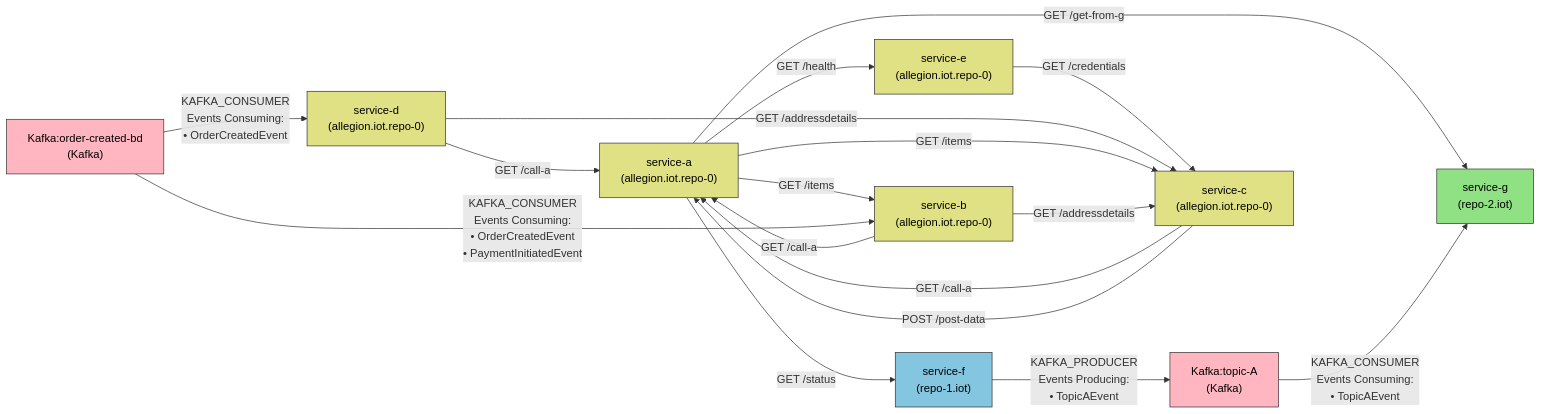
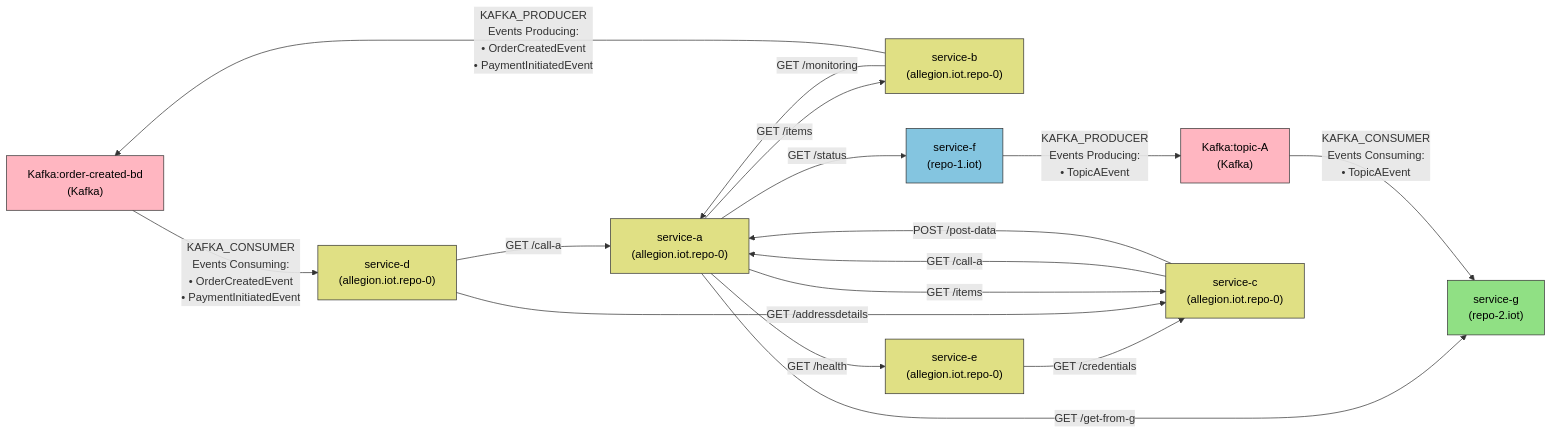
One commit to lokesh0507/First_project changed the diagram in output/deps.md. Above: the diagram before and after it, drawn with Mermaid. The commit also changed 1 other file, not shown here.

Commit message:
Auto-update dependency graph [skip ci]

````diff
--- a/output/deps.md
+++ b/output/deps.md
@@ -1,48 +1,47 @@
 ```mermaid
 graph LR
 classDef Kafka fill:#FFB6C1,stroke:#333,color:#000
 classDef allegion_iot_repo_0 fill:#E0E084,stroke:#333,color:#000
 classDef repo_1_iot fill:#84C5E0,stroke:#333,color:#000
 classDef repo_2_iot fill:#90E084,stroke:#333,color:#000
 
   Kafka_order_created_bd["Kafka:order-created-bd
 (Kafka)"]
   Kafka_topic_A["Kafka:topic-A
 (Kafka)"]
   service_a["service-a
 (allegion.iot.repo-0)"]
   service_b["service-b
 (allegion.iot.repo-0)"]
   service_c["service-c
 (allegion.iot.repo-0)"]
   service_d["service-d
 (allegion.iot.repo-0)"]
   service_e["service-e
 (allegion.iot.repo-0)"]
   service_f["service-f
 (repo-1.iot)"]
   service_g["service-g
 (repo-2.iot)"]
 
   service_e -->|GET /credentials| service_c
   service_d -->|GET /call-a| service_a
   service_d -->|GET /addressdetails| service_c
   service_a -->|GET /items| service_b
   service_a -->|GET /items| service_c
   service_a -->|GET /health| service_e
   service_a -->|GET /get-from-g| service_g
   service_a -->|GET /status| service_f
   service_c -->|GET /call-a| service_a
   service_c -->|POST /post-data| service_a
-  service_b -->|GET /call-a| service_a
-  service_b -->|GET /addressdetails| service_c
-  Kafka_order_created_bd -->|"KAFKA_CONSUMER<br/>Events Consuming:<br/>• OrderCreatedEvent"| service_d
-  Kafka_order_created_bd -->|"KAFKA_CONSUMER<br/>Events Consuming:<br/>• OrderCreatedEvent<br/>• PaymentInitiatedEvent"| service_b
+  service_b -->|GET /monitoring| service_a
+  Kafka_order_created_bd -->|"KAFKA_CONSUMER<br/>Events Consuming:<br/>• OrderCreatedEvent<br/>• PaymentInitiatedEvent"| service_d
+  service_b -->|"KAFKA_PRODUCER<br/>Events Producing:<br/>• OrderCreatedEvent<br/>• PaymentInitiatedEvent"| Kafka_order_created_bd
   Kafka_topic_A -->|"KAFKA_CONSUMER<br/>Events Consuming:<br/>• TopicAEvent"| service_g
   service_f -->|"KAFKA_PRODUCER<br/>Events Producing:<br/>• TopicAEvent"| Kafka_topic_A
 
 class Kafka_order_created_bd,Kafka_topic_A Kafka
 class service_a,service_b,service_c,service_d,service_e allegion_iot_repo_0
 class service_f repo_1_iot
 class service_g repo_2_iot
 ```
````
